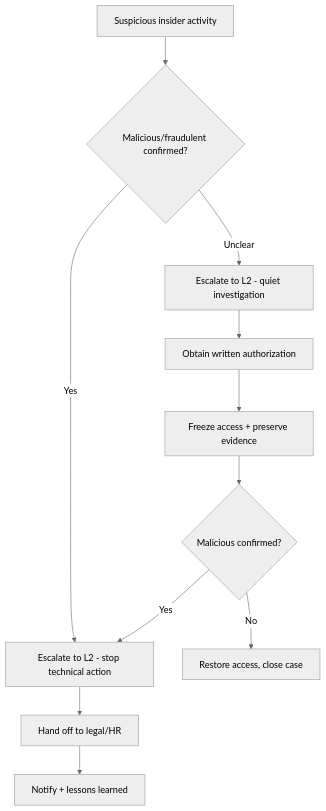
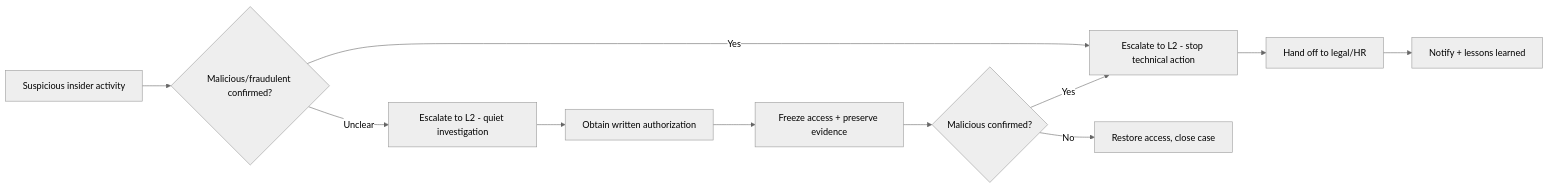
The diagram in docs/runbooks/insider-threat.md (MiracleDvm/ir-firstline), drawn with Mermaid (neutral theme) before and after one commit. The commit also changed other lines of this file and 26 other files, not shown here.

Commit message:
Fix decision-tree diagram sizing/legibility, add PDF export, land tool links -- Convert decision trees to horizontal/collapsible, link cited tools/sources

````diff
--- a/docs/runbooks/insider-threat.md
+++ b/docs/runbooks/insider-threat.md
@@ -29,13 +31,13 @@
-```mermaid
-flowchart TD
-    A[Suspicious insider activity] --> B{Malicious/fraudulent confirmed?}
-    B -->|Unclear| C[Escalate to L2 - quiet investigation]
-    B -->|Yes| D[Escalate to L2 - stop technical action]
-    C --> E[Obtain written authorization]
-    E --> F[Freeze access + preserve evidence]
-    F --> G{Malicious confirmed?}
-    G -->|Yes| D
-    G -->|No| H[Restore access, close case]
-    D --> I[Hand off to legal/HR]
-    I --> J[Notify + lessons learned]
-```
+    ```mermaid
+    flowchart LR
+        A[Suspicious insider activity] --> B{Malicious/fraudulent confirmed?}
+        B -->|Unclear| C[Escalate to L2 - quiet investigation]
+        B -->|Yes| D[Escalate to L2 - stop technical action]
+        C --> E[Obtain written authorization]
+        E --> F[Freeze access + preserve evidence]
+        F --> G{Malicious confirmed?}
+        G -->|Yes| D
+        G -->|No| H[Restore access, close case]
+        D --> I[Hand off to legal/HR]
+        I --> J[Notify + lessons learned]
+    ```
````
